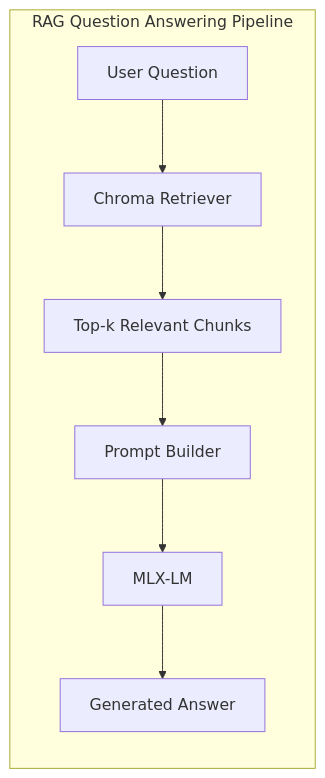
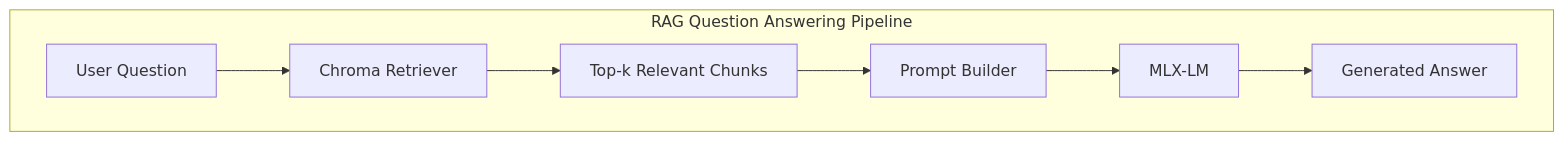
One commit to Cristy210/AI_RA changed the second of 3 diagrams in README.md. Above: the diagram before and after it, drawn with Mermaid. The commit also changed other lines of this file, not shown here.

Commit message:
Updated the flowchart direction for the two workflows.

````diff
--- a/README.md
+++ b/README.md
@@ -64,19 +61,16 @@
 ```mermaid
 flowchart LR
 
-subgraph Online["RAG Question Answering Pipeline"]
+subgraph Offline["RAG Question Answering Pipeline"]
+    direction LR
 
-A[User Question]
+    A[User Question]
+    B[Chroma Retriever]
+    C[Top-k Relevant Chunks]
+    D[Prompt Builder]
+    E[MLX-LM]
+    F[Generated Answer]
 
-A --> B[Chroma Retriever]
-
-B --> C[Top-k Relevant Chunks]
-
-C --> D[Prompt Builder]
-
-D --> E[MLX-LM]
-
-E --> F[Generated Answer]
-
+    A --> B --> C --> D --> E --> F
 end
 ```
````
